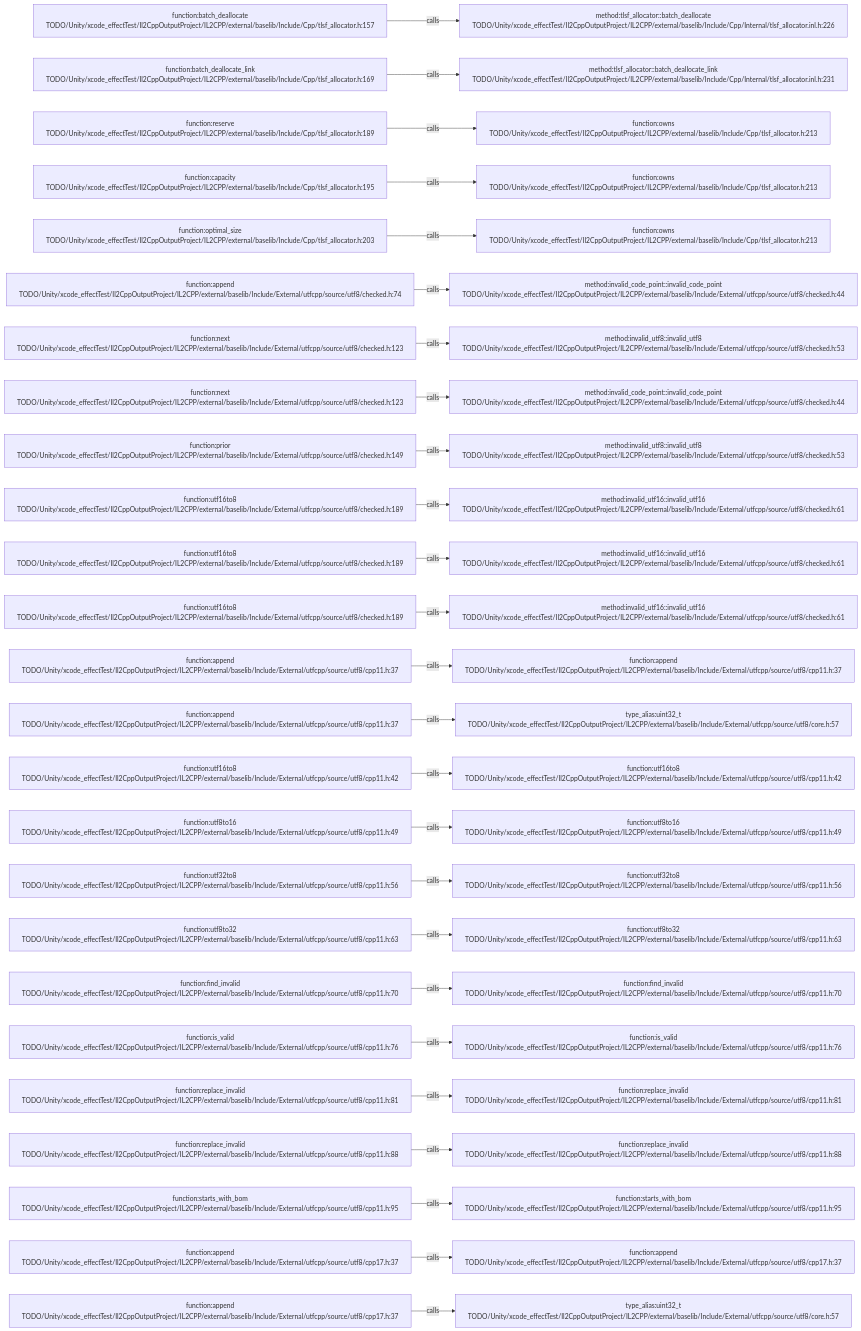
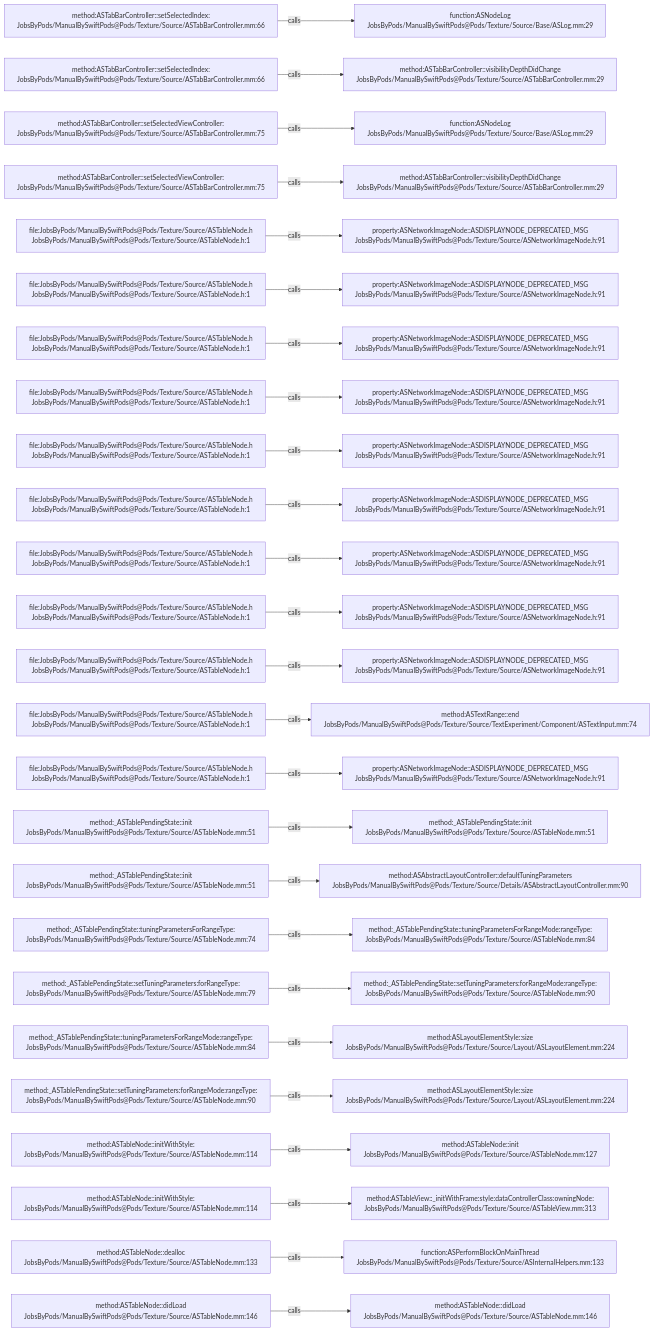
The diagram in .codegraph/codegraph.md/graphs/calls-073.md (JobsKits/JobsSwiftBaseConfigDemo), drawn with Mermaid before and after one commit. The commit also changed 2959 other files, not shown here.

````diff
--- a/.codegraph/codegraph.md/graphs/calls-073.md
+++ b/.codegraph/codegraph.md/graphs/calls-073.md
@@ -13,78 +13,78 @@
 ```mermaid
 flowchart LR
-  S1["function:batch_deallocate<br/>TODO/Unity/xcode_effectTest/Il2CppOutputProject/IL2CPP/external/baselib/Include/Cpp/tlsf_allocator.h:157"]
-  T1["method:tlsf_allocator::batch_deallocate<br/>TODO/Unity/xcode_effectTest/Il2CppOutputProject/IL2CPP/external/baselib/Include/Cpp/Internal/tlsf_allocator.inl.h:226"]
+  S1["method:ASTabBarController::setSelectedIndex:<br/>JobsByPods/ManualBySwiftPods@Pods/Texture/Source/ASTabBarController.mm:66"]
+  T1["function:ASNodeLog<br/>JobsByPods/ManualBySwiftPods@Pods/Texture/Source/Base/ASLog.mm:29"]
   S1 -->|calls| T1
-  S2["function:batch_deallocate_link<br/>TODO/Unity/xcode_effectTest/Il2CppOutputProject/IL2CPP/external/baselib/Include/Cpp/tlsf_allocator.h:169"]
-  T2["method:tlsf_allocator::batch_deallocate_link<br/>TODO/Unity/xcode_effectTest/Il2CppOutputProject/IL2CPP/external/baselib/Include/Cpp/Internal/tlsf_allocator.inl.h:231"]
+  S2["method:ASTabBarController::setSelectedIndex:<br/>JobsByPods/ManualBySwiftPods@Pods/Texture/Source/ASTabBarController.mm:66"]
+  T2["method:ASTabBarController::visibilityDepthDidChange<br/>JobsByPods/ManualBySwiftPods@Pods/Texture/Source/ASTabBarController.mm:29"]
   S2 -->|calls| T2
-  S3["function:reserve<br/>TODO/Unity/xcode_effectTest/Il2CppOutputProject/IL2CPP/external/baselib/Include/Cpp/tlsf_allocator.h:189"]
-  T3["function:owns<br/>TODO/Unity/xcode_effectTest/Il2CppOutputProject/IL2CPP/external/baselib/Include/Cpp/tlsf_allocator.h:213"]
+  S3["method:ASTabBarController::setSelectedViewController:<br/>JobsByPods/ManualBySwiftPods@Pods/Texture/Source/ASTabBarController.mm:75"]
+  T3["function:ASNodeLog<br/>JobsByPods/ManualBySwiftPods@Pods/Texture/Source/Base/ASLog.mm:29"]
   S3 -->|calls| T3
-  S4["function:capacity<br/>TODO/Unity/xcode_effectTest/Il2CppOutputProject/IL2CPP/external/baselib/Include/Cpp/tlsf_allocator.h:195"]
-  T4["function:owns<br/>TODO/Unity/xcode_effectTest/Il2CppOutputProject/IL2CPP/external/baselib/Include/Cpp/tlsf_allocator.h:213"]
+  S4["method:ASTabBarController::setSelectedViewController:<br/>JobsByPods/ManualBySwiftPods@Pods/Texture/Source/ASTabBarController.mm:75"]
+  T4["method:ASTabBarController::visibilityDepthDidChange<br/>JobsByPods/ManualBySwiftPods@Pods/Texture/Source/ASTabBarController.mm:29"]
   S4 -->|calls| T4
-  S5["function:optimal_size<br/>TODO/Unity/xcode_effectTest/Il2CppOutputProject/IL2CPP/external/baselib/Include/Cpp/tlsf_allocator.h:203"]
-  T5["function:owns<br/>TODO/Unity/xcode_effectTest/Il2CppOutputProject/IL2CPP/external/baselib/Include/Cpp/tlsf_allocator.h:213"]
+  S5["file:JobsByPods/ManualBySwiftPods@Pods/Texture/Source/ASTableNode.h<br/>JobsByPods/ManualBySwiftPods@Pods/Texture/Source/ASTableNode.h:1"]
+  T5["property:ASNetworkImageNode::ASDISPLAYNODE_DEPRECATED_MSG<br/>JobsByPods/ManualBySwiftPods@Pods/Texture/Source/ASNetworkImageNode.h:91"]
   S5 -->|calls| T5
-  S6["function:append<br/>TODO/Unity/xcode_effectTest/Il2CppOutputProject/IL2CPP/external/baselib/Include/External/utfcpp/source/utf8/checked.h:74"]
-  T6["method:invalid_code_point::invalid_code_point<br/>TODO/Unity/xcode_effectTest/Il2CppOutputProject/IL2CPP/external/baselib/Include/External/utfcpp/source/utf8/checked.h:44"]
+  S6["file:JobsByPods/ManualBySwiftPods@Pods/Texture/Source/ASTableNode.h<br/>JobsByPods/ManualBySwiftPods@Pods/Texture/Source/ASTableNode.h:1"]
+  T6["property:ASNetworkImageNode::ASDISPLAYNODE_DEPRECATED_MSG<br/>JobsByPods/ManualBySwiftPods@Pods/Texture/Source/ASNetworkImageNode.h:91"]
   S6 -->|calls| T6
-  S7["function:next<br/>TODO/Unity/xcode_effectTest/Il2CppOutputProject/IL2CPP/external/baselib/Include/External/utfcpp/source/utf8/checked.h:123"]
-  T7["method:invalid_utf8::invalid_utf8<br/>TODO/Unity/xcode_effectTest/Il2CppOutputProject/IL2CPP/external/baselib/Include/External/utfcpp/source/utf8/checked.h:53"]
+  S7["file:JobsByPods/ManualBySwiftPods@Pods/Texture/Source/ASTableNode.h<br/>JobsByPods/ManualBySwiftPods@Pods/Texture/Source/ASTableNode.h:1"]
+  T7["property:ASNetworkImageNode::ASDISPLAYNODE_DEPRECATED_MSG<br/>JobsByPods/ManualBySwiftPods@Pods/Texture/Source/ASNetworkImageNode.h:91"]
   S7 -->|calls| T7
-  S8["function:next<br/>TODO/Unity/xcode_effectTest/Il2CppOutputProject/IL2CPP/external/baselib/Include/External/utfcpp/source/utf8/checked.h:123"]
-  T8["method:invalid_code_point::invalid_code_point<br/>TODO/Unity/xcode_effectTest/Il2CppOutputProject/IL2CPP/external/baselib/Include/External/utfcpp/source/utf8/checked.h:44"]
+  S8["file:JobsByPods/ManualBySwiftPods@Pods/Texture/Source/ASTableNode.h<br/>JobsByPods/ManualBySwiftPods@Pods/Texture/Source/ASTableNode.h:1"]
+  T8["property:ASNetworkImageNode::ASDISPLAYNODE_DEPRECATED_MSG<br/>JobsByPods/ManualBySwiftPods@Pods/Texture/Source/ASNetworkImageNode.h:91"]
   S8 -->|calls| T8
-  S9["function:prior<br/>TODO/Unity/xcode_effectTest/Il2CppOutputProject/IL2CPP/external/baselib/Include/External/utfcpp/source/utf8/checked.h:149"]
-  T9["method:invalid_utf8::invalid_utf8<br/>TODO/Unity/xcode_effectTest/Il2CppOutputProject/IL2CPP/external/baselib/Include/External/utfcpp/source/utf8/checked.h:53"]
+  S9["file:JobsByPods/ManualBySwiftPods@Pods/Texture/Source/ASTableNode.h<br/>JobsByPods/ManualBySwiftPods@Pods/Texture/Source/ASTableNode.h:1"]
+  T9["property:ASNetworkImageNode::ASDISPLAYNODE_DEPRECATED_MSG<br/>JobsByPods/ManualBySwiftPods@Pods/Texture/Source/ASNetworkImageNode.h:91"]
   S9 -->|calls| T9
-  S10["function:utf16to8<br/>TODO/Unity/xcode_effectTest/Il2CppOutputProject/IL2CPP/external/baselib/Include/External/utfcpp/source/utf8/checked.h:189"]
-  T10["method:invalid_utf16::invalid_utf16<br/>TODO/Unity/xcode_effectTest/Il2CppOutputProject/IL2CPP/external/baselib/Include/External/utfcpp/source/utf8/checked.h:61"]
+  S10["file:JobsByPods/ManualBySwiftPods@Pods/Texture/Source/ASTableNode.h<br/>JobsByPods/ManualBySwiftPods@Pods/Texture/Source/ASTableNode.h:1"]
+  T10["property:ASNetworkImageNode::ASDISPLAYNODE_DEPRECATED_MSG<br/>JobsByPods/ManualBySwiftPods@Pods/Texture/Source/ASNetworkImageNode.h:91"]
   S10 -->|calls| T10
-  S11["function:utf16to8<br/>TODO/Unity/xcode_effectTest/Il2CppOutputProject/IL2CPP/external/baselib/Include/External/utfcpp/source/utf8/checked.h:189"]
-  T11["method:invalid_utf16::invalid_utf16<br/>TODO/Unity/xcode_effectTest/Il2CppOutputProject/IL2CPP/external/baselib/Include/External/utfcpp/source/utf8/checked.h:61"]
+  S11["file:JobsByPods/ManualBySwiftPods@Pods/Texture/Source/ASTableNode.h<br/>JobsByPods/ManualBySwiftPods@Pods/Texture/Source/ASTableNode.h:1"]
+  T11["property:ASNetworkImageNode::ASDISPLAYNODE_DEPRECATED_MSG<br/>JobsByPods/ManualBySwiftPods@Pods/Texture/Source/ASNetworkImageNode.h:91"]
   S11 -->|calls| T11
-  S12["function:utf16to8<br/>TODO/Unity/xcode_effectTest/Il2CppOutputProject/IL2CPP/external/baselib/Include/External/utfcpp/source/utf8/checked.h:189"]
-  T12["method:invalid_utf16::invalid_utf16<br/>TODO/Unity/xcode_effectTest/Il2CppOutputProject/IL2CPP/external/baselib/Include/External/utfcpp/source/utf8/checked.h:61"]
+  S12["file:JobsByPods/ManualBySwiftPods@Pods/Texture/Source/ASTableNode.h<br/>JobsByPods/ManualBySwiftPods@Pods/Texture/Source/ASTableNode.h:1"]
+  T12["property:ASNetworkImageNode::ASDISPLAYNODE_DEPRECATED_MSG<br/>JobsByPods/ManualBySwiftPods@Pods/Texture/Source/ASNetworkImageNode.h:91"]
   S12 -->|calls| T12
-  S13["function:append<br/>TODO/Unity/xcode_effectTest/Il2CppOutputProject/IL2CPP/external/baselib/Include/External/utfcpp/source/utf8/cpp11.h:37"]
-  T13["function:append<br/>TODO/Unity/xcode_effectTest/Il2CppOutputProject/IL2CPP/external/baselib/Include/External/utfcpp/source/utf8/cpp11.h:37"]
+  S13["file:JobsByPods/ManualBySwiftPods@Pods/Texture/Source/ASTableNode.h<br/>JobsByPods/ManualBySwiftPods@Pods/Texture/Source/ASTableNode.h:1"]
+  T13["property:ASNetworkImageNode::ASDISPLAYNODE_DEPRECATED_MSG<br/>JobsByPods/ManualBySwiftPods@Pods/Texture/Source/ASNetworkImageNode.h:91"]
   S13 -->|calls| T13
-  S14["function:append<br/>TODO/Unity/xcode_effectTest/Il2CppOutputProject/IL2CPP/external/baselib/Include/External/utfcpp/source/utf8/cpp11.h:37"]
-  T14["type_alias:uint32_t<br/>TODO/Unity/xcode_effectTest/Il2CppOutputProject/IL2CPP/external/baselib/Include/External/utfcpp/source/utf8/core.h:57"]
+  S14["file:JobsByPods/ManualBySwiftPods@Pods/Texture/Source/ASTableNode.h<br/>JobsByPods/ManualBySwiftPods@Pods/Texture/Source/ASTableNode.h:1"]
+  T14["method:ASTextRange::end<br/>JobsByPods/ManualBySwiftPods@Pods/Texture/Source/TextExperiment/Component/ASTextInput.mm:74"]
   S14 -->|calls| T14
-  S15["function:utf16to8<br/>TODO/Unity/xcode_effectTest/Il2CppOutputProject/IL2CPP/external/baselib/Include/External/utfcpp/source/utf8/cpp11.h:42"]
-  T15["function:utf16to8<br/>TODO/Unity/xcode_effectTest/Il2CppOutputProject/IL2CPP/external/baselib/Include/External/utfcpp/source/utf8/cpp11.h:42"]
+  S15["file:JobsByPods/ManualBySwiftPods@Pods/Texture/Source/ASTableNode.h<br/>JobsByPods/ManualBySwiftPods@Pods/Texture/Source/ASTableNode.h:1"]
+  T15["property:ASNetworkImageNode::ASDISPLAYNODE_DEPRECATED_MSG<br/>JobsByPods/ManualBySwiftPods@Pods/Texture/Source/ASNetworkImageNode.h:91"]
   S15 -->|calls| T15
-  S16["function:utf8to16<br/>TODO/Unity/xcode_effectTest/Il2CppOutputProject/IL2CPP/external/baselib/Include/External/utfcpp/source/utf8/cpp11.h:49"]
-  T16["function:utf8to16<br/>TODO/Unity/xcode_effectTest/Il2CppOutputProject/IL2CPP/external/baselib/Include/External/utfcpp/source/utf8/cpp11.h:49"]
+  S16["method:_ASTablePendingState::init<br/>JobsByPods/ManualBySwiftPods@Pods/Texture/Source/ASTableNode.mm:51"]
+  T16["method:_ASTablePendingState::init<br/>JobsByPods/ManualBySwiftPods@Pods/Texture/Source/ASTableNode.mm:51"]
   S16 -->|calls| T16
-  S17["function:utf32to8<br/>TODO/Unity/xcode_effectTest/Il2CppOutputProject/IL2CPP/external/baselib/Include/External/utfcpp/source/utf8/cpp11.h:56"]
-  T17["function:utf32to8<br/>TODO/Unity/xcode_effectTest/Il2CppOutputProject/IL2CPP/external/baselib/Include/External/utfcpp/source/utf8/cpp11.h:56"]
+  S17["method:_ASTablePendingState::init<br/>JobsByPods/ManualBySwiftPods@Pods/Texture/Source/ASTableNode.mm:51"]
+  T17["method:ASAbstractLayoutController::defaultTuningParameters<br/>JobsByPods/ManualBySwiftPods@Pods/Texture/Source/Details/ASAbstractLayoutController.mm:90"]
   S17 -->|calls| T17
-  S18["function:utf8to32<br/>TODO/Unity/xcode_effectTest/Il2CppOutputProject/IL2CPP/external/baselib/Include/External/utfcpp/source/utf8/cpp11.h:63"]
-  T18["function:utf8to32<br/>TODO/Unity/xcode_effectTest/Il2CppOutputProject/IL2CPP/external/baselib/Include/External/utfcpp/source/utf8/cpp11.h:63"]
+  S18["method:_ASTablePendingState::tuningParametersForRangeType:<br/>JobsByPods/ManualBySwiftPods@Pods/Texture/Source/ASTableNode.mm:74"]
+  T18["method:_ASTablePendingState::tuningParametersForRangeMode:rangeType:<br/>JobsByPods/ManualBySwiftPods@Pods/Texture/Source/ASTableNode.mm:84"]
   S18 -->|calls| T18
-  S19["function:find_invalid<br/>TODO/Unity/xcode_effectTest/Il2CppOutputProject/IL2CPP/external/baselib/Include/External/utfcpp/source/utf8/cpp11.h:70"]
-  T19["function:find_invalid<br/>TODO/Unity/xcode_effectTest/Il2CppOutputProject/IL2CPP/external/baselib/Include/External/utfcpp/source/utf8/cpp11.h:70"]
+  S19["method:_ASTablePendingState::setTuningParameters:forRangeType:<br/>JobsByPods/ManualBySwiftPods@Pods/Texture/Source/ASTableNode.mm:79"]
+  T19["method:_ASTablePendingState::setTuningParameters:forRangeMode:rangeType:<br/>JobsByPods/ManualBySwiftPods@Pods/Texture/Source/ASTableNode.mm:90"]
   S19 -->|calls| T19
-  S20["function:is_valid<br/>TODO/Unity/xcode_effectTest/Il2CppOutputProject/IL2CPP/external/baselib/Include/External/utfcpp/source/utf8/cpp11.h:76"]
-  T20["function:is_valid<br/>TODO/Unity/xcode_effectTest/Il2CppOutputProject/IL2CPP/external/baselib/Include/External/utfcpp/source/utf8/cpp11.h:76"]
+  S20["method:_ASTablePendingState::tuningParametersForRangeMode:rangeType:<br/>JobsByPods/ManualBySwiftPods@Pods/Texture/Source/ASTableNode.mm:84"]
+  T20["method:ASLayoutElementStyle::size<br/>JobsByPods/ManualBySwiftPods@Pods/Texture/Source/Layout/ASLayoutElement.mm:224"]
   S20 -->|calls| T20
-  S21["function:replace_invalid<br/>TODO/Unity/xcode_effectTest/Il2CppOutputProject/IL2CPP/external/baselib/Include/External/utfcpp/source/utf8/cpp11.h:81"]
-  T21["function:replace_invalid<br/>TODO/Unity/xcode_effectTest/Il2CppOutputProject/IL2CPP/external/baselib/Include/External/utfcpp/source/utf8/cpp11.h:81"]
+  S21["method:_ASTablePendingState::setTuningParameters:forRangeMode:rangeType:<br/>JobsByPods/ManualBySwiftPods@Pods/Texture/Source/ASTableNode.mm:90"]
+  T21["method:ASLayoutElementStyle::size<br/>JobsByPods/ManualBySwiftPods@Pods/Texture/Source/Layout/ASLayoutElement.mm:224"]
   S21 -->|calls| T21
-  S22["function:replace_invalid<br/>TODO/Unity/xcode_effectTest/Il2CppOutputProject/IL2CPP/external/baselib/Include/External/utfcpp/source/utf8/cpp11.h:88"]
-  T22["function:replace_invalid<br/>TODO/Unity/xcode_effectTest/Il2CppOutputProject/IL2CPP/external/baselib/Include/External/utfcpp/source/utf8/cpp11.h:88"]
+  S22["method:ASTableNode::initWithStyle:<br/>JobsByPods/ManualBySwiftPods@Pods/Texture/Source/ASTableNode.mm:114"]
+  T22["method:ASTableNode::init<br/>JobsByPods/ManualBySwiftPods@Pods/Texture/Source/ASTableNode.mm:127"]
   S22 -->|calls| T22
-  S23["function:starts_with_bom<br/>TODO/Unity/xcode_effectTest/Il2CppOutputProject/IL2CPP/external/baselib/Include/External/utfcpp/source/utf8/cpp11.h:95"]
-  T23["function:starts_with_bom<br/>TODO/Unity/xcode_effectTest/Il2CppOutputProject/IL2CPP/external/baselib/Include/External/utfcpp/source/utf8/cpp11.h:95"]
+  S23["method:ASTableNode::initWithStyle:<br/>JobsByPods/ManualBySwiftPods@Pods/Texture/Source/ASTableNode.mm:114"]
+  T23["method:ASTableView::_initWithFrame:style:dataControllerClass:owningNode:<br/>JobsByPods/ManualBySwiftPods@Pods/Texture/Source/ASTableView.mm:313"]
   S23 -->|calls| T23
-  S24["function:append<br/>TODO/Unity/xcode_effectTest/Il2CppOutputProject/IL2CPP/external/baselib/Include/External/utfcpp/source/utf8/cpp17.h:37"]
-  T24["function:append<br/>TODO/Unity/xcode_effectTest/Il2CppOutputProject/IL2CPP/external/baselib/Include/External/utfcpp/source/utf8/cpp17.h:37"]
+  S24["method:ASTableNode::dealloc<br/>JobsByPods/ManualBySwiftPods@Pods/Texture/Source/ASTableNode.mm:133"]
+  T24["function:ASPerformBlockOnMainThread<br/>JobsByPods/ManualBySwiftPods@Pods/Texture/Source/ASInternalHelpers.mm:133"]
   S24 -->|calls| T24
-  S25["function:append<br/>TODO/Unity/xcode_effectTest/Il2CppOutputProject/IL2CPP/external/baselib/Include/External/utfcpp/source/utf8/cpp17.h:37"]
-  T25["type_alias:uint32_t<br/>TODO/Unity/xcode_effectTest/Il2CppOutputProject/IL2CPP/external/baselib/Include/External/utfcpp/source/utf8/core.h:57"]
+  S25["method:ASTableNode::didLoad<br/>JobsByPods/ManualBySwiftPods@Pods/Texture/Source/ASTableNode.mm:146"]
+  T25["method:ASTableNode::didLoad<br/>JobsByPods/ManualBySwiftPods@Pods/Texture/Source/ASTableNode.mm:146"]
   S25 -->|calls| T25
 ```
````
